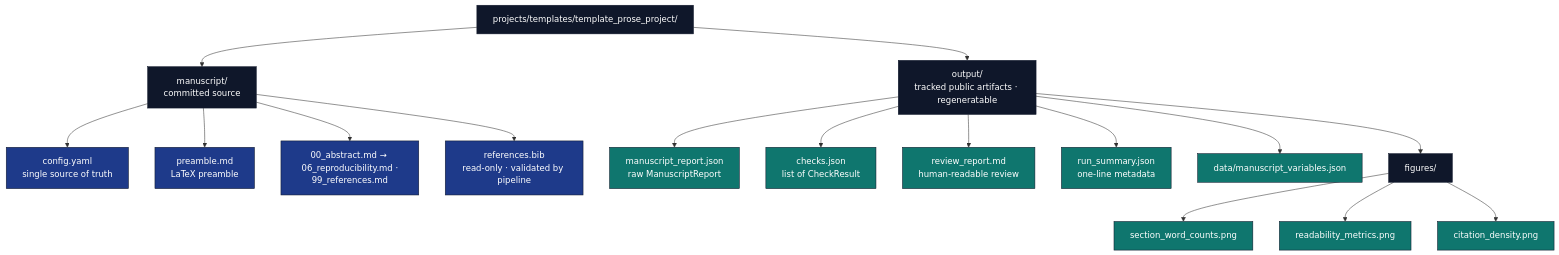
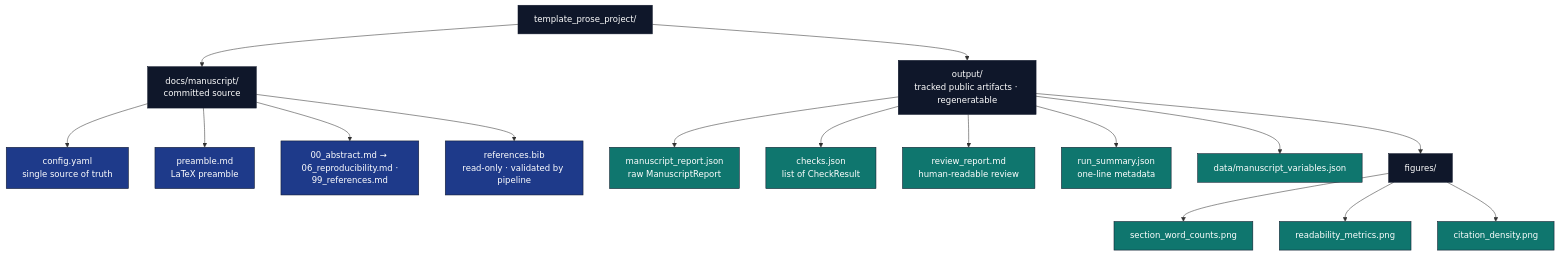
The diagram in docs/output_conventions.md (docxology/template_prose_project), drawn with Mermaid before and after one commit. The commit also changed other lines of this file and 52 other files, not shown here.

Commit message:
Move prose exemplar manuscript into docs (#5)

````diff
--- a/docs/output_conventions.md
+++ b/docs/output_conventions.md
@@ -8,29 +8,29 @@
 ```mermaid
 flowchart TB
-    P[projects/templates/template_prose_project/]
-    P --> M[manuscript/<br/>committed source]
+    P[template_prose_project/]
+    P --> M[docs/manuscript/<br/>committed source]
     P --> OUT[output/<br/>tracked public artifacts · regeneratable]
 
     M --> M_CFG[config.yaml<br/>single source of truth]
     M --> M_PRE[preamble.md<br/>LaTeX preamble]
     M --> M_S[00_abstract.md → 06_reproducibility.md ·<br/>99_references.md]
     M --> M_BIB[references.bib<br/>read-only · validated by pipeline]
 
     OUT --> O_REP[manuscript_report.json<br/>raw ManuscriptReport]
     OUT --> O_CK[checks.json<br/>list of CheckResult]
     OUT --> O_RR[review_report.md<br/>human-readable review]
     OUT --> O_RS[run_summary.json<br/>one-line metadata]
     OUT --> O_DATA[data/manuscript_variables.json]
     OUT --> O_FIG[figures/]
 
     O_FIG --> F1[section_word_counts.png]
     O_FIG --> F2[readability_metrics.png]
     O_FIG --> F3[citation_density.png]
 
     classDef d fill:#0f172a,stroke:#0f172a,color:#fff
     classDef src fill:#1e3a8a,stroke:#0f172a,color:#fff
     classDef gen fill:#0f766e,stroke:#0f172a,color:#fff
     class P,M,OUT,O_FIG d
     class M_CFG,M_PRE,M_S,M_BIB src
     class O_REP,O_CK,O_RR,O_RS,O_DATA,F1,F2,F3 gen
 ```
````
